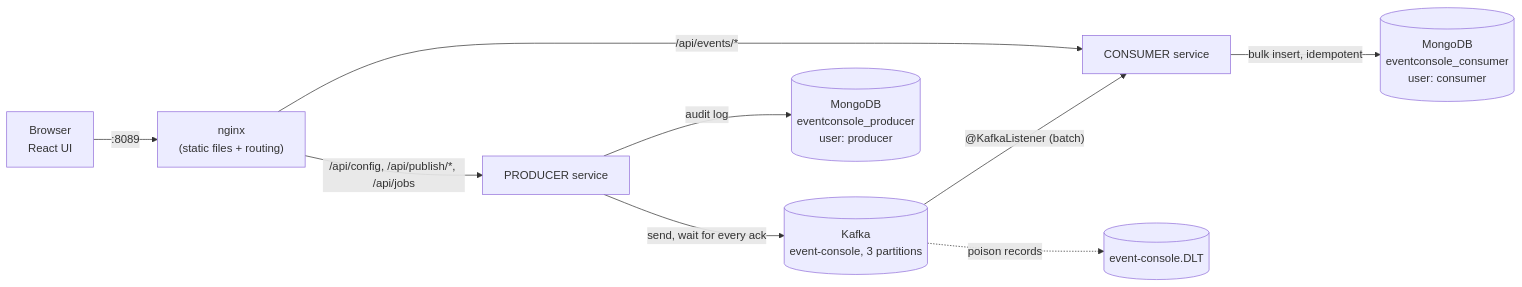
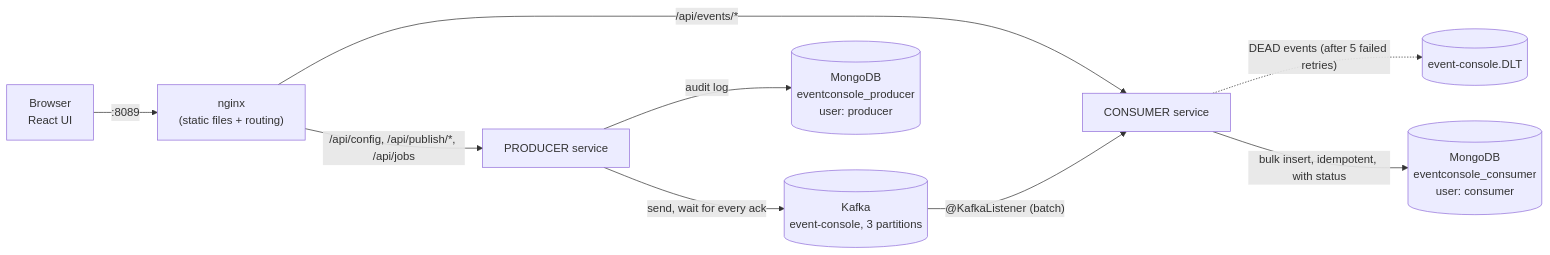
One commit to Skpandey15/kafka-principal-engineer-lab changed the first of 2 diagrams in labs/lab-02b-spring-boot-event-console/README.md. Above: the diagram before and after it, drawn with Mermaid. The commit also changed other lines of this file and 30 other files, not shown here.

````diff
--- a/labs/lab-02b-spring-boot-event-console/README.md
+++ b/labs/lab-02b-spring-boot-event-console/README.md
@@ -25,11 +25,11 @@
 ```mermaid
 flowchart LR
     Browser["Browser<br/>React UI"] -->|":8089"| Nginx["nginx<br/>(static files + routing)"]
     Nginx -->|"/api/config, /api/publish/*, /api/jobs"| P["PRODUCER service"]
     Nginx -->|"/api/events/*"| C["CONSUMER service"]
     P -->|"send, wait for every ack"| Kafka[("Kafka<br/>event-console, 3 partitions")]
     Kafka -->|"@KafkaListener (batch)"| C
-    Kafka -.->|"poison records"| DLT[("event-console.DLT")]
-    C -->|"bulk insert, idempotent"| ReadModel[("MongoDB<br/>eventconsole_consumer<br/>user: consumer")]
+    C -.->|"DEAD events (after 5 failed retries)"| DLT[("event-console.DLT")]
+    C -->|"bulk insert, idempotent, with status"| ReadModel[("MongoDB<br/>eventconsole_consumer<br/>user: consumer")]
     P -->|"audit log"| Audit[("MongoDB<br/>eventconsole_producer<br/>user: producer")]
 ```
````
